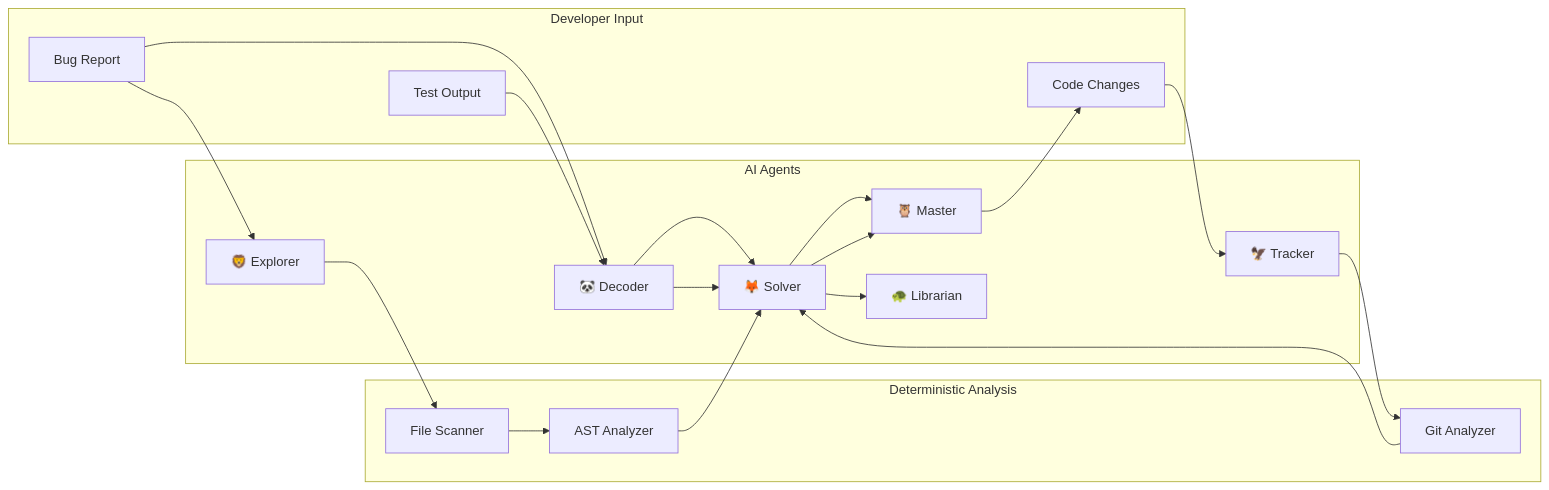
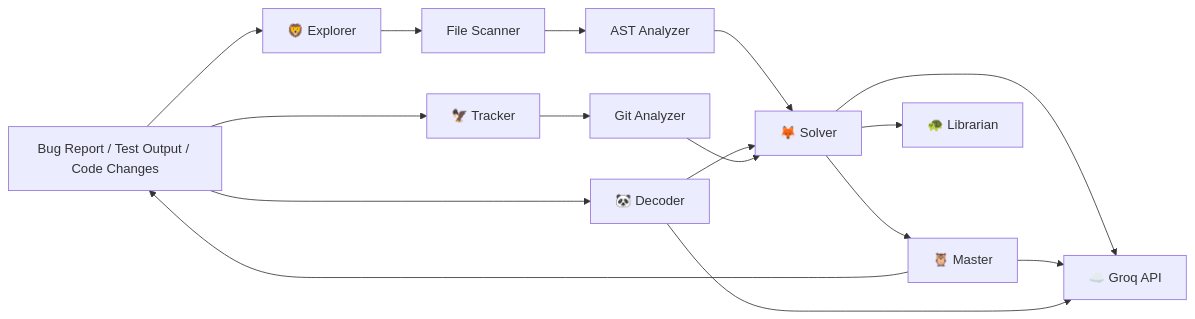
The diagram in README.md (MohamedAli1937/debug2learn), drawn with Mermaid before and after one commit. The commit also changed other lines of this file and 39 other files, not shown here.

````diff
--- a/README.md
+++ b/README.md
@@ -115,45 +54,37 @@
 ```mermaid
 flowchart LR
-    subgraph INPUT["Developer Input"]
-        ERR["Bug Report"]
-        TEST["Test Output"]
-        CODE["Code Changes"]
-    end
+    INPUT["Bug Report / Test Output / Code Changes"]
 
-    subgraph ANALYSIS["Deterministic Analysis"]
-        FS["File Scanner"]
-        AST["AST Analyzer"]
-        GIT["Git Analyzer"]
-    end
+    FS["File Scanner"]
+    AST["AST Analyzer"]
+    GIT["Git Analyzer"]
 
-    subgraph AGENTS["AI Agents"]
-        LION["🦁 Explorer"]
-        PANDA["🐼 Decoder"]
-        OWL["🦉 Master"]
-        FOX["🦊 Solver"]
-        EAGLE["🦅 Tracker"]
-        TURTLE["🐢 Librarian"]
-    end
+    LION["🦁 Explorer"]
+    PANDA["🐼 Decoder"]
+    OWL["🦉 Master"]
+    FOX["🦊 Solver"]
+    EAGLE["🦅 Tracker"]
+    TURTLE["🐢 Librarian"]
 
-    ERR --> PANDA
-    ERR --> LION
+    GROQ["☁️ Groq API"]
+
+    INPUT --> PANDA
+    INPUT --> LION
 
     LION --> FS
     FS --> AST
+    AST --> FOX
 
     PANDA --> FOX
-    AST --> FOX
+    FOX --> OWL
+    OWL --> INPUT
 
-    FOX --> OWL
-    OWL --> CODE
-
-    CODE --> EAGLE
+    INPUT --> EAGLE
     EAGLE --> GIT
     GIT --> FOX
 
-    TEST --> PANDA
-    PANDA --> FOX
-
     FOX --> TURTLE
-    FOX --> OWL
+    FOX --> GROQ
+    OWL --> GROQ
+    PANDA --> GROQ
 ```
````
